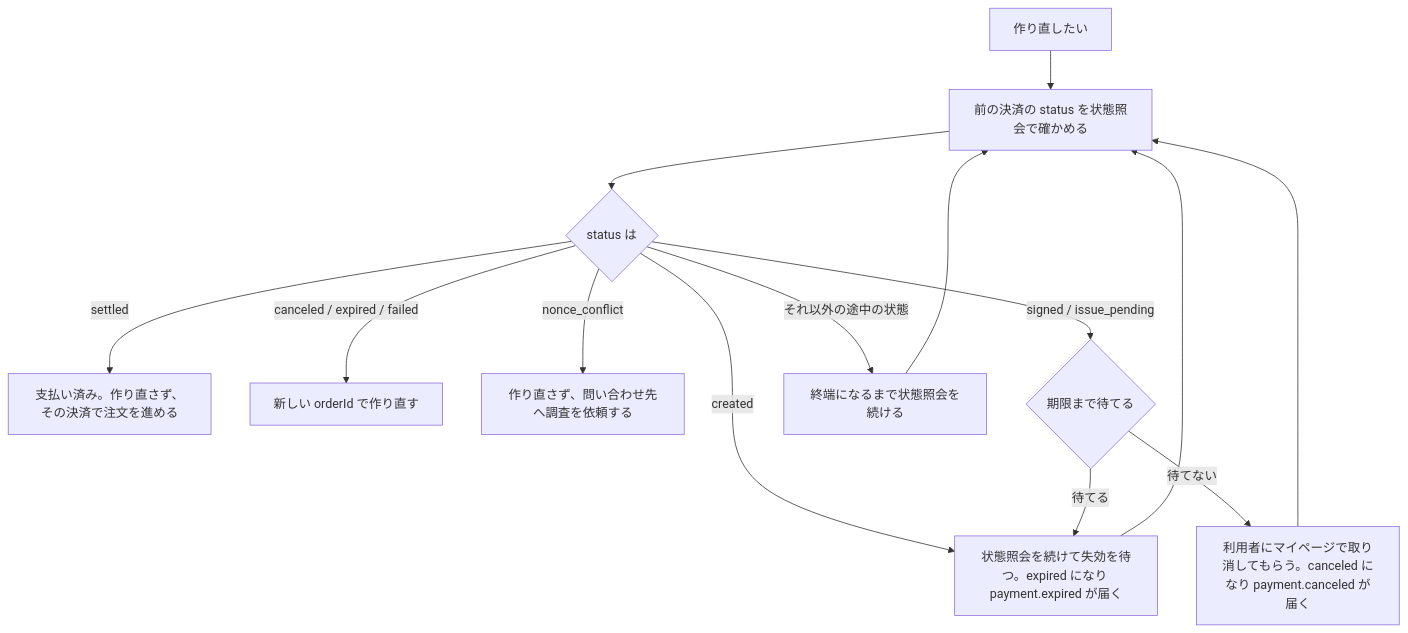
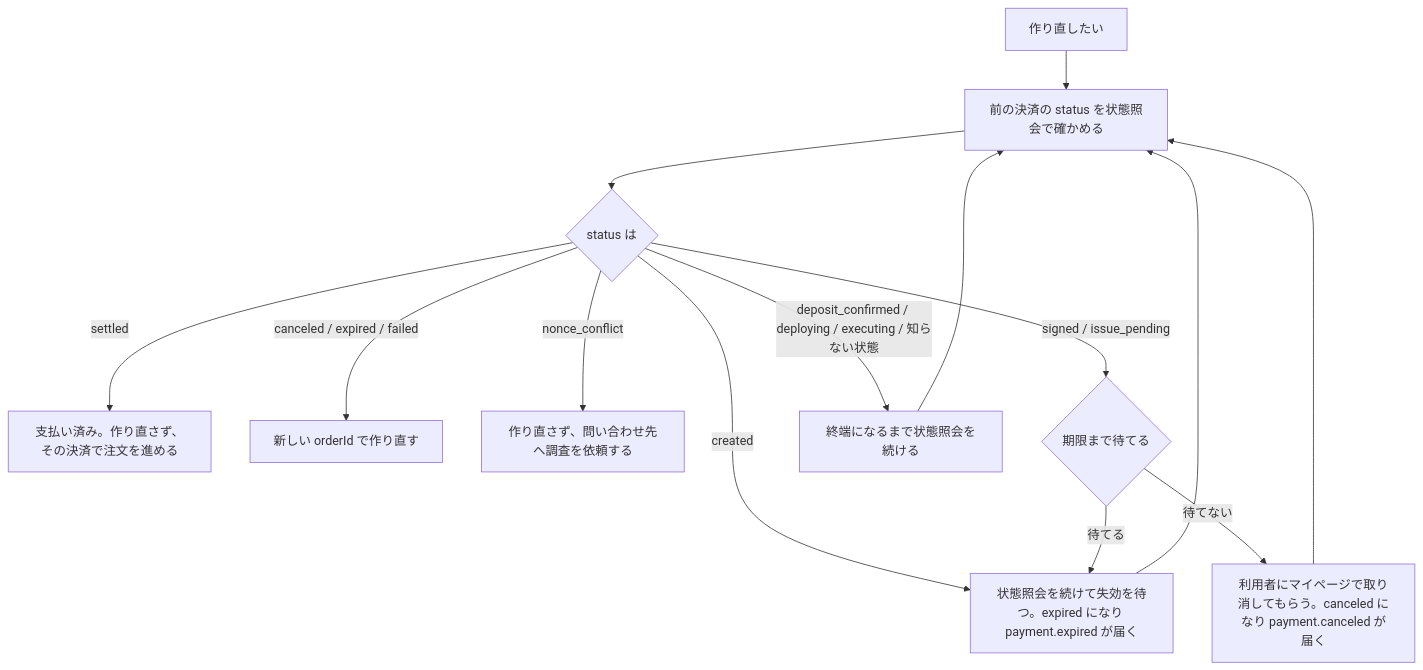
One commit to ango-ya/stbl-pay-site changed the diagram in docs-site/docs/client/integrate-existing-ec.md. Above: the diagram before and after it, drawn with Mermaid. The commit also changed other lines of this file and 3 other files, not shown here.

````diff
--- a/docs-site/docs/client/integrate-existing-ec.md
+++ b/docs-site/docs/client/integrate-existing-ec.md
@@ -36,16 +36,16 @@
 ```mermaid
 flowchart TD
   A[作り直したい] --> B[前の決済の status を状態照会で確かめる]
   B --> C{status は}
   C -- settled --> D[支払い済み。作り直さず、その決済で注文を進める]
   C -- canceled / expired / failed --> E[新しい orderId で作り直す]
   C -- nonce_conflict --> F[作り直さず、問い合わせ先へ調査を依頼する]
   C -- created --> H
   C -- signed / issue_pending --> G{期限まで待てる}
-  C -- それ以外の途中の状態 --> J[終端になるまで状態照会を続ける]
+  C -- deposit_confirmed / deploying / executing / 知らない状態 --> J[終端になるまで状態照会を続ける]
   J --> B
   G -- 待てる --> H[状態照会を続けて失効を待つ。expired になり payment.expired が届く]
   G -- 待てない --> I[利用者にマイページで取り消してもらう。canceled になり payment.canceled が届く]
   H --> B
   I --> B
 ```
````
